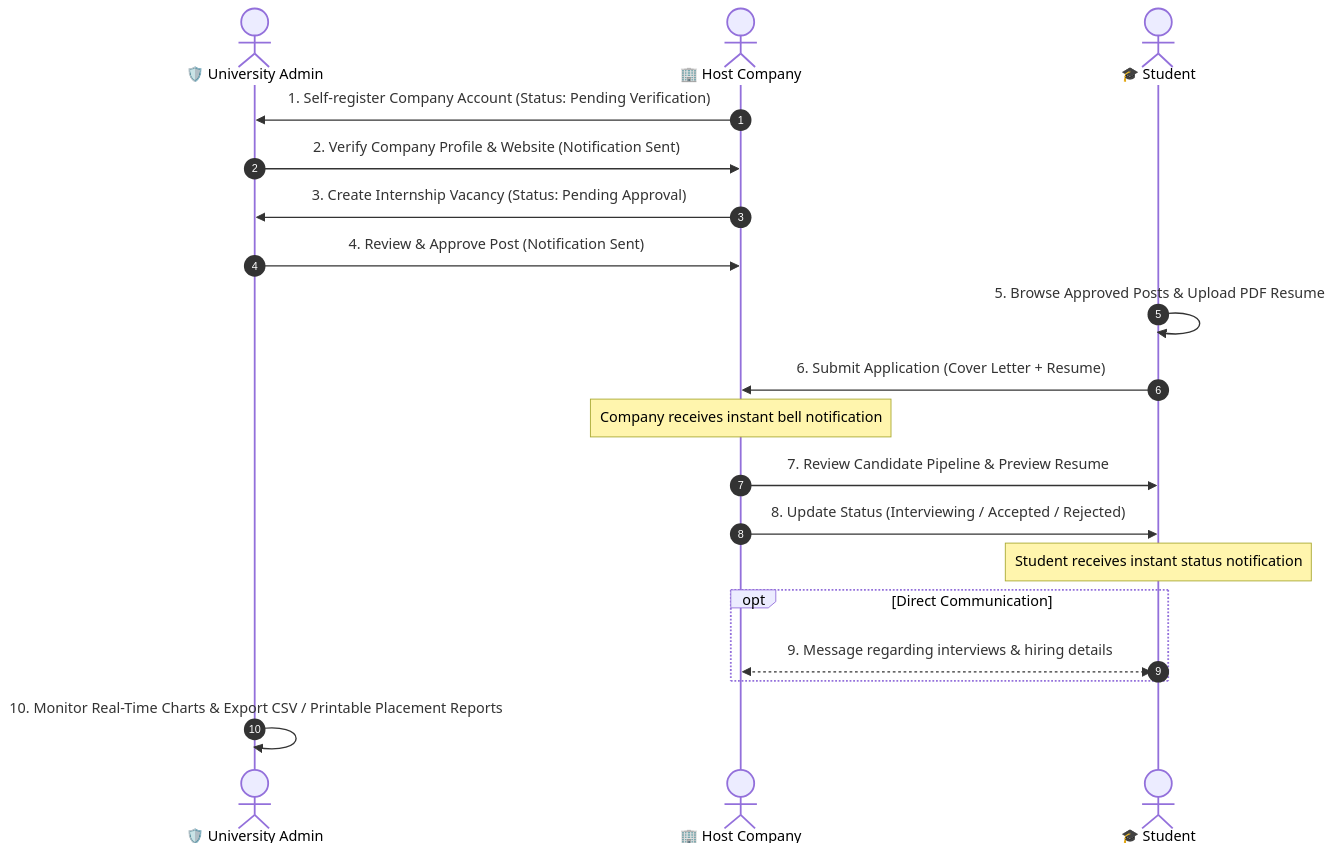
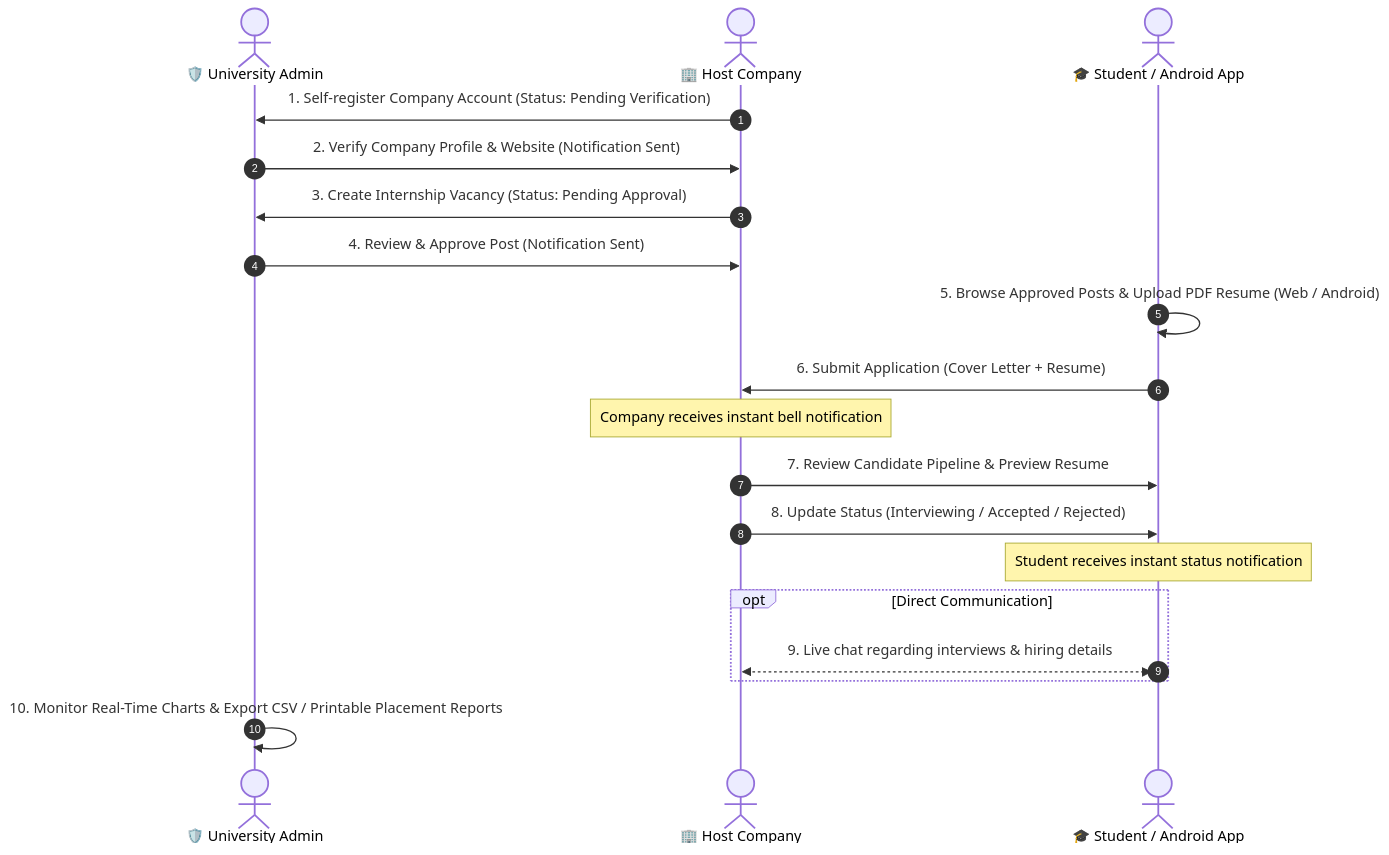
Before and after one commit to thonpheara/InternshipMS: the second of 2 diagrams in README.md, drawn with Mermaid. The commit also changed other lines of this file, not shown here.

````diff
--- a/README.md
+++ b/README.md
@@ -166,22 +286,22 @@
 ```mermaid
 sequenceDiagram
     autonumber
     actor Admin as 🛡️ University Admin
     actor Company as 🏢 Host Company
-    actor Student as 🎓 Student
+    actor Student as 🎓 Student / Android App
 
     Company->>Admin: 1. Self-register Company Account (Status: Pending Verification)
     Admin->>Company: 2. Verify Company Profile & Website (Notification Sent)
     Company->>Admin: 3. Create Internship Vacancy (Status: Pending Approval)
     Admin->>Company: 4. Review & Approve Post (Notification Sent)
-    Student->>Student: 5. Browse Approved Posts & Upload PDF Resume
+    Student->>Student: 5. Browse Approved Posts & Upload PDF Resume (Web / Android)
     Student->>Company: 6. Submit Application (Cover Letter + Resume)
     Note over Company: Company receives instant bell notification
     Company->>Student: 7. Review Candidate Pipeline & Preview Resume
     Company->>Student: 8. Update Status (Interviewing / Accepted / Rejected)
     Note over Student: Student receives instant status notification
     opt Direct Communication
-        Student<<-->>Company: 9. Message regarding interviews & hiring details
+        Student<<-->>Company: 9. Live chat regarding interviews & hiring details
     end
     Admin->>Admin: 10. Monitor Real-Time Charts & Export CSV / Printable Placement Reports
 ```
````
